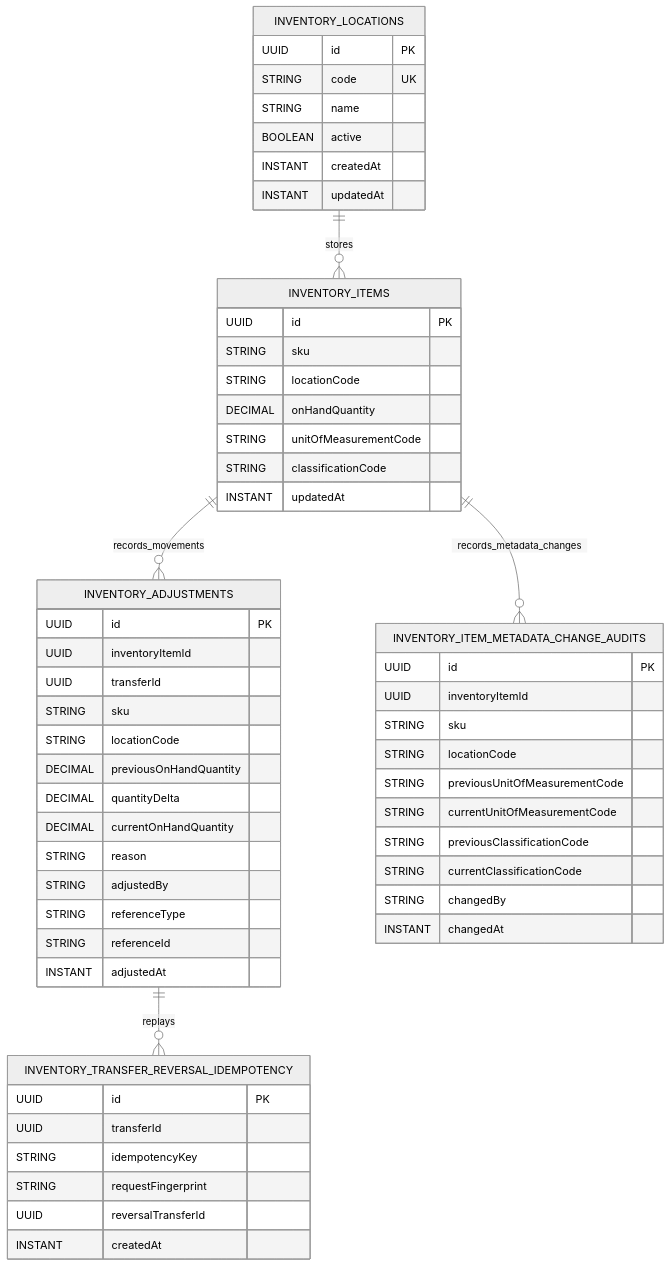
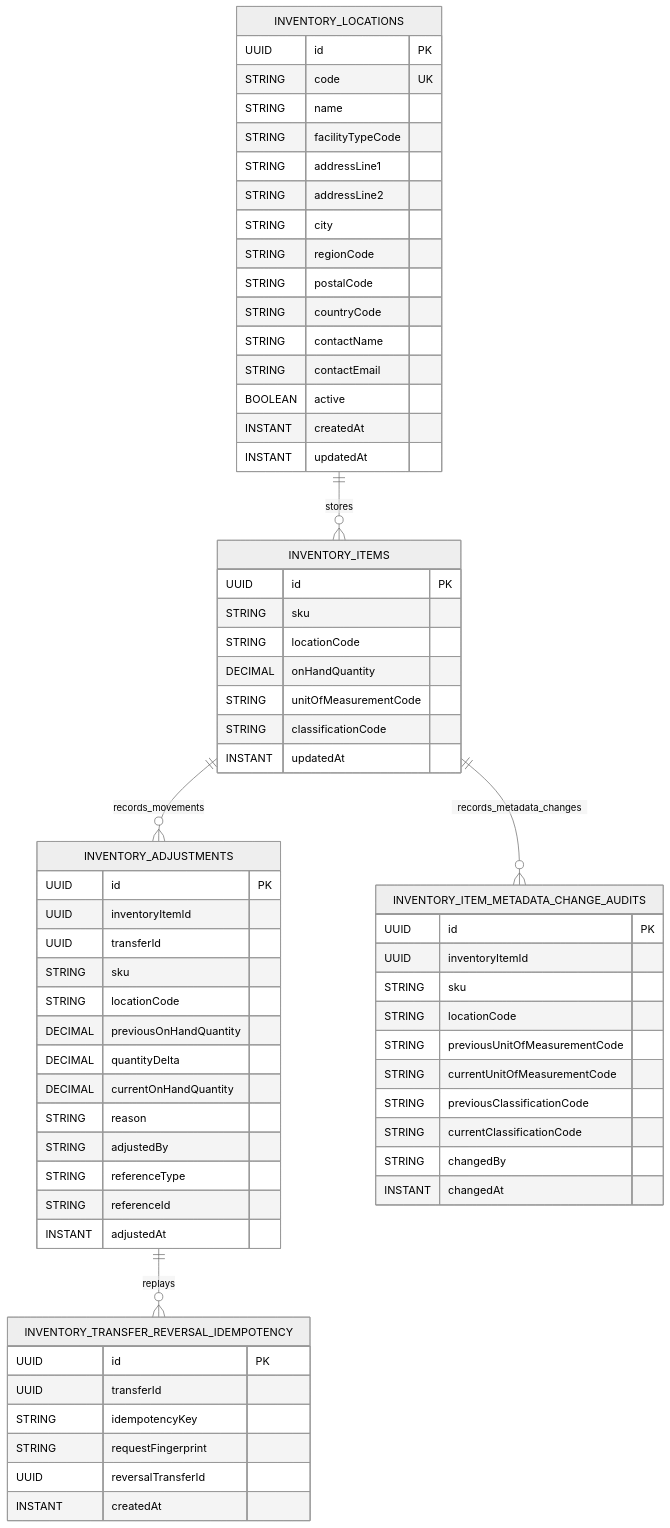
One commit to ArcanaERP/platform changed the diagram in docs/inventory-data-model.md. Above: the diagram before and after it, drawn with Mermaid (neutral theme). The commit also changed other lines of this file and 12 other files, not shown here.

````diff
--- a/docs/inventory-data-model.md
+++ b/docs/inventory-data-model.md
@@ -7,64 +7,73 @@
 ```mermaid
 erDiagram
     INVENTORY_LOCATIONS ||--o{ INVENTORY_ITEMS : stores
     INVENTORY_ITEMS ||--o{ INVENTORY_ADJUSTMENTS : records_movements
     INVENTORY_ITEMS ||--o{ INVENTORY_ITEM_METADATA_CHANGE_AUDITS : records_metadata_changes
     INVENTORY_ADJUSTMENTS ||--o{ INVENTORY_TRANSFER_REVERSAL_IDEMPOTENCY : replays
 
     INVENTORY_LOCATIONS {
       UUID id PK
       STRING code UK
       STRING name
+      STRING facilityTypeCode
+      STRING addressLine1
+      STRING addressLine2
+      STRING city
+      STRING regionCode
+      STRING postalCode
+      STRING countryCode
+      STRING contactName
+      STRING contactEmail
       BOOLEAN active
       INSTANT createdAt
       INSTANT updatedAt
     }
 
     INVENTORY_ITEMS {
       UUID id PK
       STRING sku
       STRING locationCode
       DECIMAL onHandQuantity
       STRING unitOfMeasurementCode
       STRING classificationCode
       INSTANT updatedAt
     }
 
     INVENTORY_ADJUSTMENTS {
       UUID id PK
       UUID inventoryItemId
       UUID transferId
       STRING sku
       STRING locationCode
       DECIMAL previousOnHandQuantity
       DECIMAL quantityDelta
       DECIMAL currentOnHandQuantity
       STRING reason
       STRING adjustedBy
       STRING referenceType
       STRING referenceId
       INSTANT adjustedAt
     }
 
     INVENTORY_ITEM_METADATA_CHANGE_AUDITS {
       UUID id PK
       UUID inventoryItemId
       STRING sku
       STRING locationCode
       STRING previousUnitOfMeasurementCode
       STRING currentUnitOfMeasurementCode
       STRING previousClassificationCode
       STRING currentClassificationCode
       STRING changedBy
       INSTANT changedAt
     }
 
     INVENTORY_TRANSFER_REVERSAL_IDEMPOTENCY {
       UUID id PK
       UUID transferId
       STRING idempotencyKey
       STRING requestFingerprint
       UUID reversalTransferId
       INSTANT createdAt
     }
 ```
````
